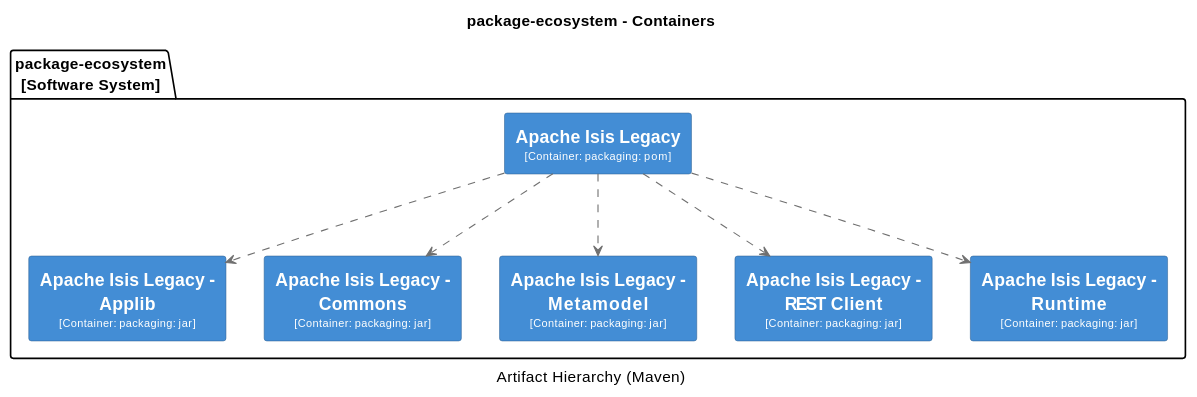
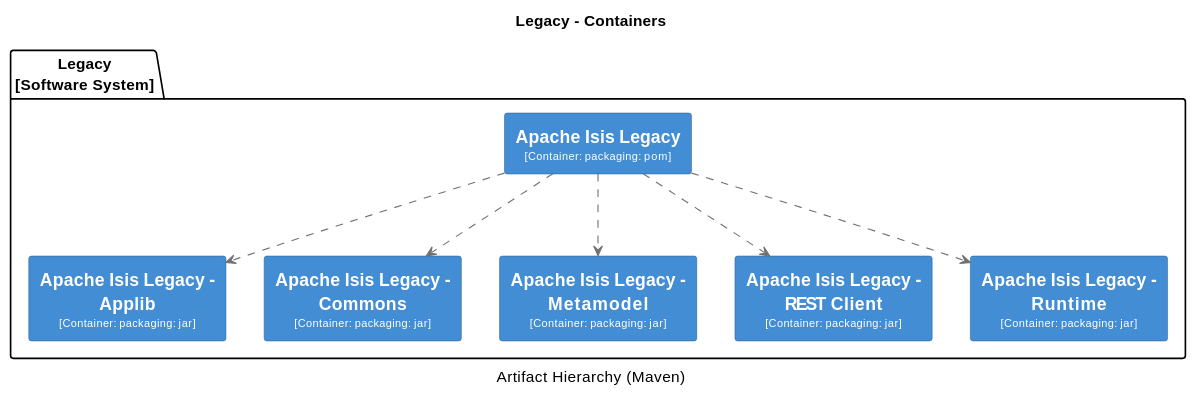
Diagram 18 of 18 in antora/components/system/modules/ROOT/pages/system-overview.adoc (apache/causeway), drawn with PlantUML before and after one commit. The commit also changed other lines of this file and 1 other file, not shown here.

Commit message:
ISIS-2473: system overview: more meaningful diagram titles

```diff
--- a/antora/components/system/modules/ROOT/pages/system-overview.adoc
+++ b/antora/components/system/modules/ROOT/pages/system-overview.adoc
@@ -5031,59 +5031,59 @@
 [plantuml,Legacy,svg]
 ----
 @startuml(id=Legacy)
-title package-ecosystem - Containers
+title Legacy - Containers
 caption Artifact Hierarchy (Maven)
 
 skinparam {
   shadowing false
   arrowFontSize 10
   defaultTextAlignment center
   wrapWidth 200
   maxMessageSize 100
 }
 hide stereotype
 skinparam rectangle<<2>> {
   BackgroundColor #438dd5
   FontColor #fffffe
   BorderColor #2E6295
 }
 skinparam rectangle<<3>> {
   BackgroundColor #438dd5
   FontColor #fffffe
   BorderColor #2E6295
 }
 skinparam rectangle<<4>> {
   BackgroundColor #438dd5
   FontColor #fffffe
   BorderColor #2E6295
 }
 skinparam rectangle<<5>> {
   BackgroundColor #438dd5
   FontColor #fffffe
   BorderColor #2E6295
 }
 skinparam rectangle<<6>> {
   BackgroundColor #438dd5
   FontColor #fffffe
   BorderColor #2E6295
 }
 skinparam rectangle<<7>> {
   BackgroundColor #438dd5
   FontColor #fffffe
   BorderColor #2E6295
 }
-package "package-ecosystem\n[Software System]" {
+package "Legacy\n[Software System]" {
   rectangle "==Apache Isis Legacy\n<size:10>[Container: packaging: pom]</size>" <<2>> as 2
   rectangle "==Apache Isis Legacy - Applib\n<size:10>[Container: packaging: jar]</size>" <<3>> as 3
   rectangle "==Apache Isis Legacy - Commons\n<size:10>[Container: packaging: jar]</size>" <<4>> as 4
   rectangle "==Apache Isis Legacy - Metamodel\n<size:10>[Container: packaging: jar]</size>" <<5>> as 5
   rectangle "==Apache Isis Legacy - REST Client\n<size:10>[Container: packaging: jar]</size>" <<6>> as 6
   rectangle "==Apache Isis Legacy - Runtime\n<size:10>[Container: packaging: jar]</size>" <<7>> as 7
 }
 2 .[#707070].> 3 : ""
 2 .[#707070].> 4 : ""
 2 .[#707070].> 5 : ""
 2 .[#707070].> 6 : ""
 2 .[#707070].> 7 : ""
 @enduml
 ----
```
